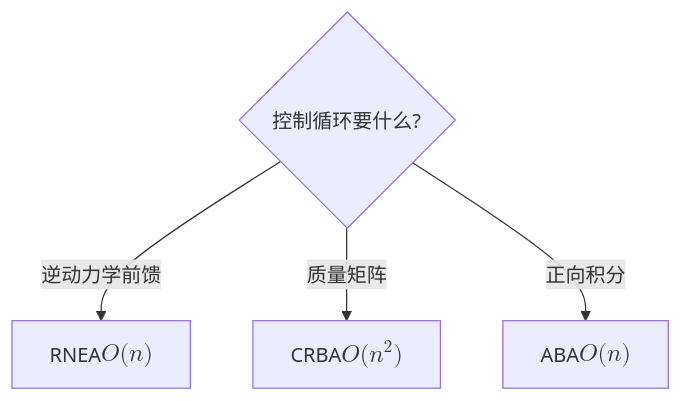
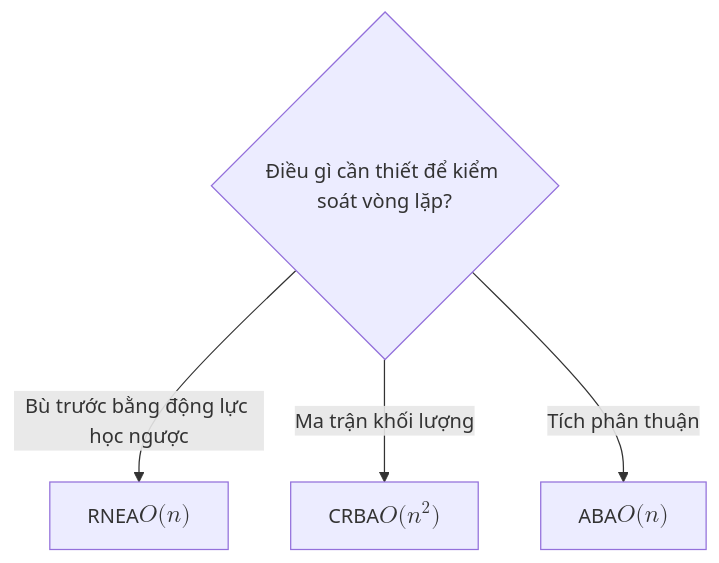
The eighth of 33 diagrams in roadmap/motion-control.md (ledinhtuyen/Robotics_Notebooks), drawn with Mermaid before and after one commit. The commit also changed other lines of this file, not shown here.

Commit message:
docs(roadmap): 完成 motion-control 全文越南语翻译

````diff
--- a/roadmap/motion-control.md
+++ b/roadmap/motion-control.md
@@ -588,7 +595,7 @@
 ```mermaid
 flowchart TD
-  Need{控制循环要什么?}
-  Need -->|逆动力学前馈| RNEA["RNEA<br/>$$O(n)$$"]
-  Need -->|质量矩阵| CRBA["CRBA<br/>$$O(n^2)$$"]
-  Need -->|正向积分| ABA["ABA<br/>$$O(n)$$"]
+  Need{Điều gì cần thiết để kiểm soát vòng lặp?}
+  Need -->|Bù trước bằng động lực học ngược| RNEA["RNEA<br/>$$O(n)$$"]
+  Need -->|Ma trận khối lượng| CRBA["CRBA<br/>$$O(n^2)$$"]
+  Need -->|Tích phân thuận| ABA["ABA<br/>$$O(n)$$"]
 ```
````
